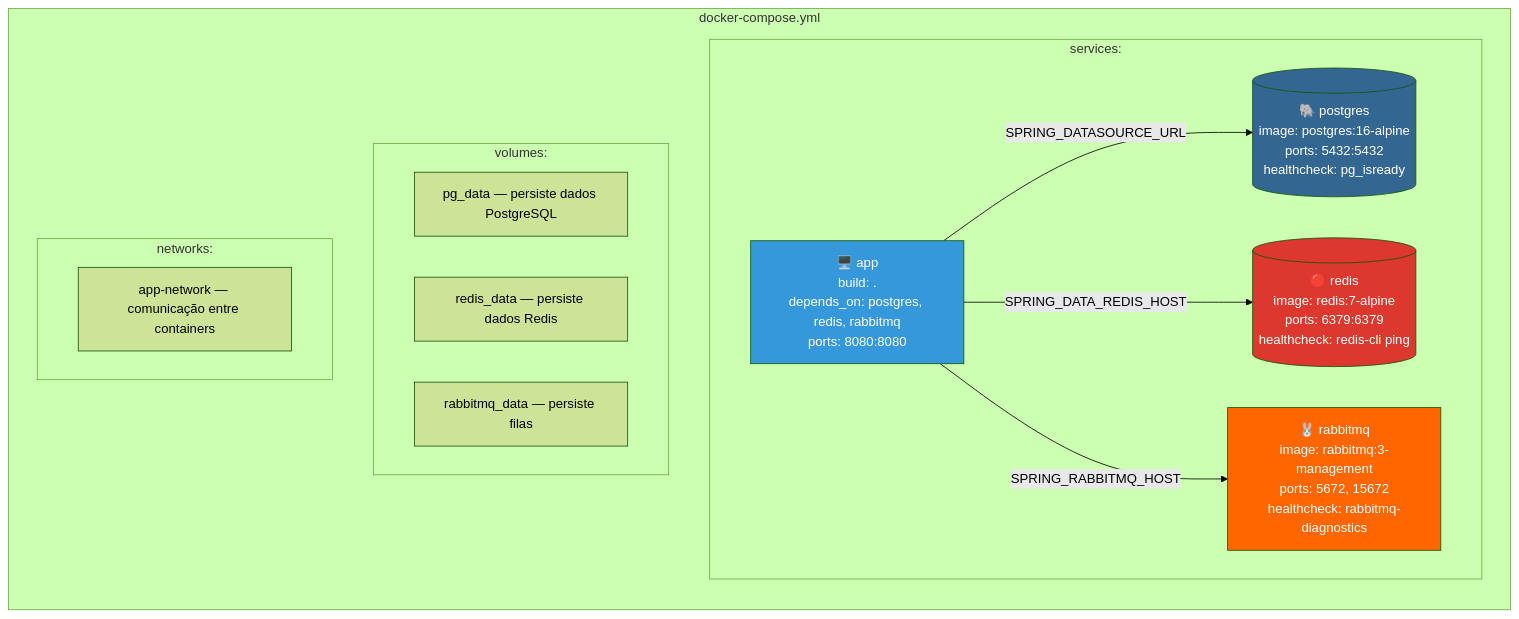
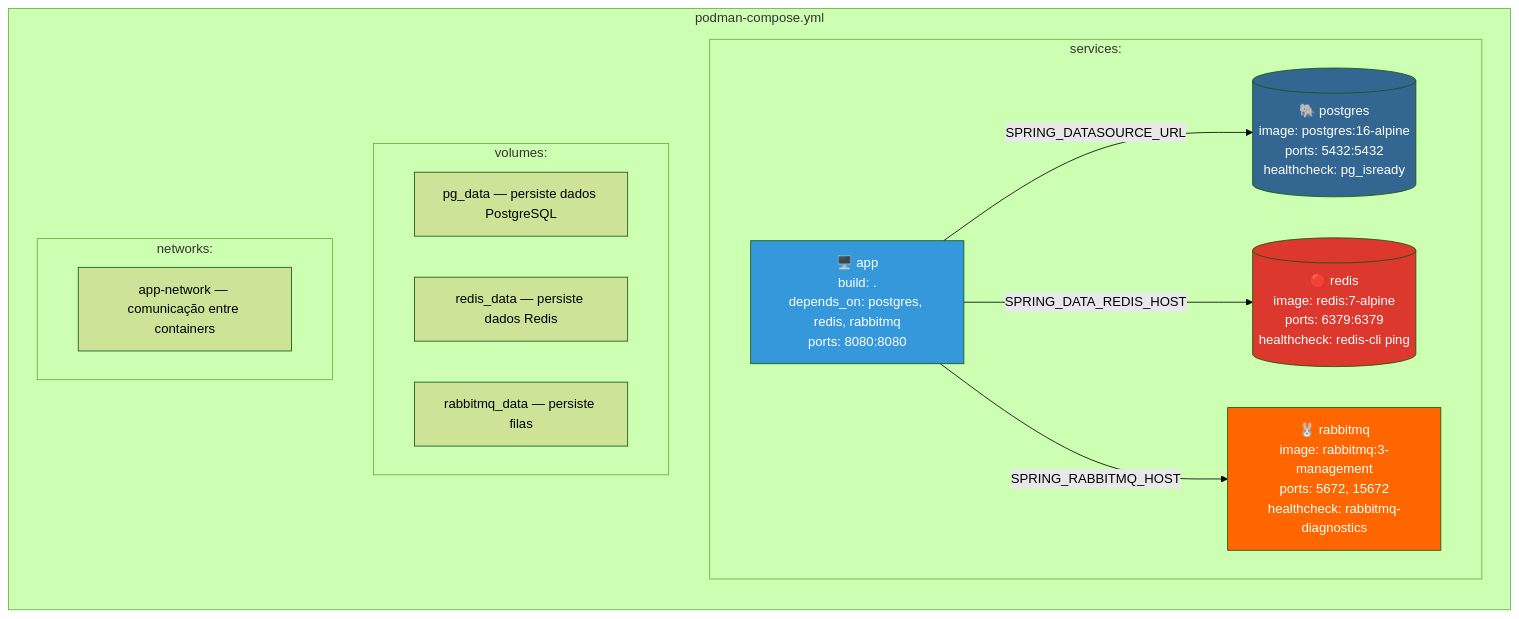
One commit to deusemarjunior/trein-java-intermed changed the first of 4 diagrams in dia-07/slide-04.md. Above: the diagram before and after it, drawn with Mermaid (forest theme). The commit also changed other lines of this file and 100 other files, not shown here.

Commit message:
removendo docker adicionando podman

````diff
--- a/dia-07/slide-04.md
+++ b/dia-07/slide-04.md
@@ -32,32 +32,32 @@
 ```mermaid
 graph TB
-    subgraph "docker-compose.yml"
+    subgraph "podman-compose.yml"
         direction TB
 
         subgraph "services:"
             APP["🖥️ app<br/>build: .<br/>depends_on: postgres, redis, rabbitmq<br/>ports: 8080:8080"]
             PG[("🐘 postgres<br/>image: postgres:16-alpine<br/>ports: 5432:5432<br/>healthcheck: pg_isready")]
             REDIS[("🔴 redis<br/>image: redis:7-alpine<br/>ports: 6379:6379<br/>healthcheck: redis-cli ping")]
             RMQ["🐰 rabbitmq<br/>image: rabbitmq:3-management<br/>ports: 5672, 15672<br/>healthcheck: rabbitmq-diagnostics"]
         end
 
         subgraph "volumes:"
             V1["pg_data — persiste dados PostgreSQL"]
             V2["redis_data — persiste dados Redis"]
             V3["rabbitmq_data — persiste filas"]
         end
 
         subgraph "networks:"
             N1["app-network — comunicação entre containers"]
         end
     end
 
     APP -->|"SPRING_DATASOURCE_URL"| PG
     APP -->|"SPRING_DATA_REDIS_HOST"| REDIS
     APP -->|"SPRING_RABBITMQ_HOST"| RMQ
 
     style APP fill:#3498db,color:#fff
     style PG fill:#336791,color:#fff
     style REDIS fill:#dc382d,color:#fff
     style RMQ fill:#ff6600,color:#fff
 ```
````
